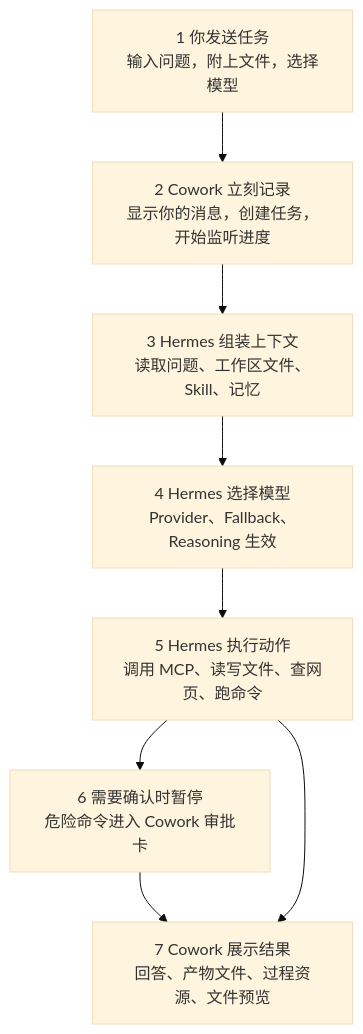
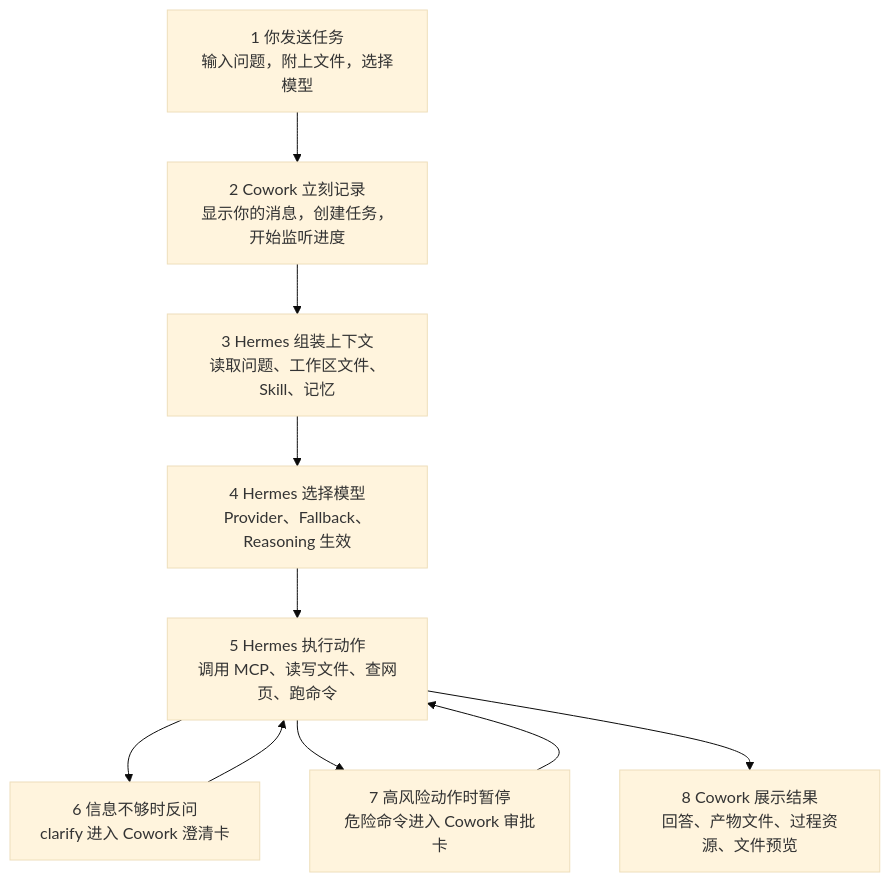
One commit to xinluwang1221/Lucas- changed the second of 3 diagrams in Hermes_Cowork_开发文档.md. Above: the diagram before and after it, drawn with Mermaid (base theme). The commit also changed other lines of this file and 14 other files, not shown here.

Commit message:
Add Hermes clarify question flow

````diff
--- a/Hermes_Cowork_开发文档.md
+++ b/Hermes_Cowork_开发文档.md
@@ -139,13 +139,16 @@
 ```mermaid
 flowchart TB
   T1["1 你发送任务<br/>输入问题，附上文件，选择模型"]
   T2["2 Cowork 立刻记录<br/>显示你的消息，创建任务，开始监听进度"]
   T3["3 Hermes 组装上下文<br/>读取问题、工作区文件、Skill、记忆"]
   T4["4 Hermes 选择模型<br/>Provider、Fallback、Reasoning 生效"]
   T5["5 Hermes 执行动作<br/>调用 MCP、读写文件、查网页、跑命令"]
-  T6["6 需要确认时暂停<br/>危险命令进入 Cowork 审批卡"]
-  T7["7 Cowork 展示结果<br/>回答、产物文件、过程资源、文件预览"]
+  T6["6 信息不够时反问<br/>clarify 进入 Cowork 澄清卡"]
+  T7["7 高风险动作时暂停<br/>危险命令进入 Cowork 审批卡"]
+  T8["8 Cowork 展示结果<br/>回答、产物文件、过程资源、文件预览"]
 
-  T1 --> T2 --> T3 --> T4 --> T5 --> T6 --> T7
-  T5 --> T7
+  T1 --> T2 --> T3 --> T4 --> T5
+  T5 --> T6 --> T5
+  T5 --> T7 --> T5
+  T5 --> T8
 ```
````
